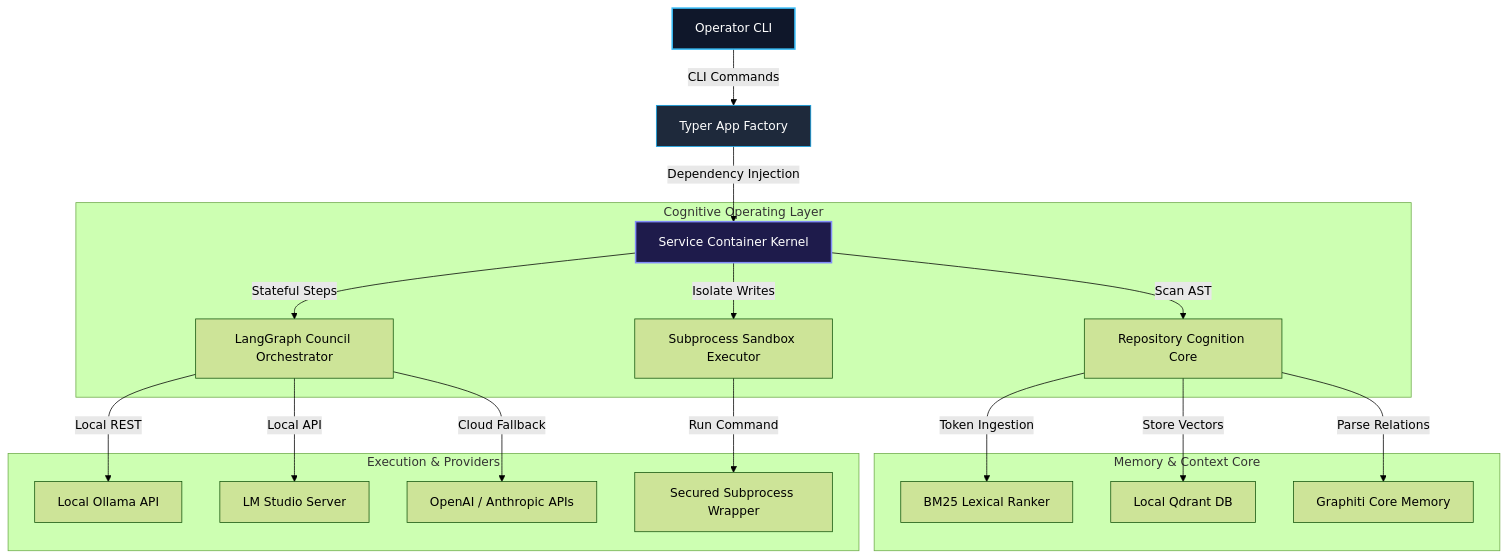
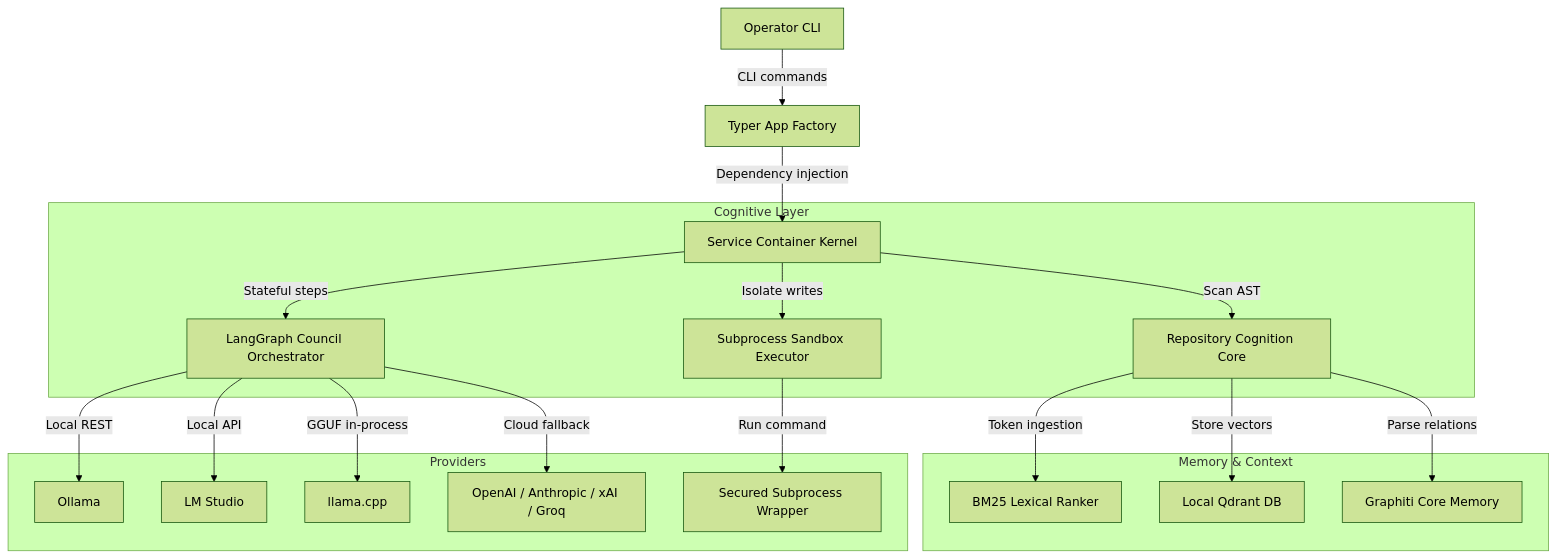
One commit to Surya-Hariharan/Velune-CLI changed the first of 2 diagrams in README.md. Above: the diagram before and after it, drawn with Mermaid (forest theme). The commit also changed other lines of this file and 11 other files, not shown here.

````diff
--- a/README.md
+++ b/README.md
@@ -45,28 +52,25 @@
 ```mermaid
 flowchart TD
-    Operator[Operator CLI] -->|CLI Commands| App[Typer App Factory]
-    App -->|Dependency Injection| ServiceContainer[Service Container Kernel]
-    
-    subgraph Cognitive Operating Layer
+    Operator[Operator CLI] -->|CLI commands| App[Typer App Factory]
+    App -->|Dependency injection| ServiceContainer[Service Container Kernel]
+
+    subgraph Cognitive Layer
         ServiceContainer -->|Scan AST| RepoCognition[Repository Cognition Core]
-        ServiceContainer -->|Stateful Steps| Orchestrator[LangGraph Council Orchestrator]
-        ServiceContainer -->|Isolate Writes| Sandbox[Subprocess Sandbox Executor]
+        ServiceContainer -->|Stateful steps| Orchestrator[LangGraph Council Orchestrator]
+        ServiceContainer -->|Isolate writes| Sandbox[Subprocess Sandbox Executor]
     end
-    
-    subgraph Memory & Context Core
-        RepoCognition -->|Token Ingestion| BM25[BM25 Lexical Ranker]
-        RepoCognition -->|Store Vectors| Qdrant[Local Qdrant DB]
-        RepoCognition -->|Parse Relations| Graphiti[Graphiti Core Memory]
+
+    subgraph Memory & Context
+        RepoCognition -->|Token ingestion| BM25[BM25 Lexical Ranker]
+        RepoCognition -->|Store vectors| Qdrant[Local Qdrant DB]
+        RepoCognition -->|Parse relations| Graphiti[Graphiti Core Memory]
     end
-    
-    subgraph Execution & Providers
-        Orchestrator -->|Local REST| Ollama[Local Ollama API]
-        Orchestrator -->|Local API| LMStudio[LM Studio Server]
-        Orchestrator -->|Cloud Fallback| CloudAPI[OpenAI / Anthropic APIs]
-        Sandbox -->|Run Command| Shell[Secured Subprocess Wrapper]
+
+    subgraph Providers
+        Orchestrator -->|Local REST| Ollama[Ollama]
+        Orchestrator -->|Local API| LMStudio[LM Studio]
+        Orchestrator -->|GGUF in-process| LlamaCpp[llama.cpp]
+        Orchestrator -->|Cloud fallback| CloudAPI[OpenAI / Anthropic / xAI / Groq]
+        Sandbox -->|Run command| Shell[Secured Subprocess Wrapper]
     end
-    
-    style Operator fill:#0f172a,stroke:#38bdf8,stroke-width:2px,color:#fff
-    style App fill:#1e293b,stroke:#0ea5e9,stroke-width:1px,color:#fff
-    style ServiceContainer fill:#1e1b4b,stroke:#818cf8,stroke-width:2px,color:#fff
 ```
````
